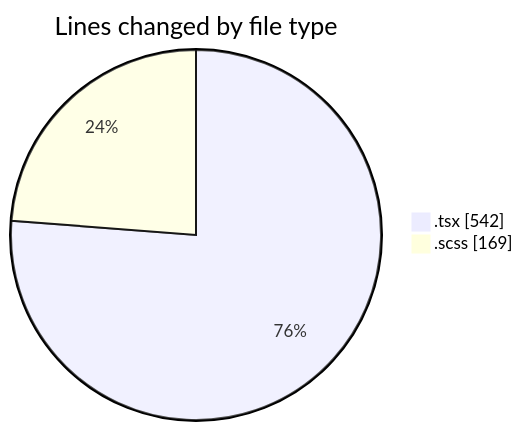
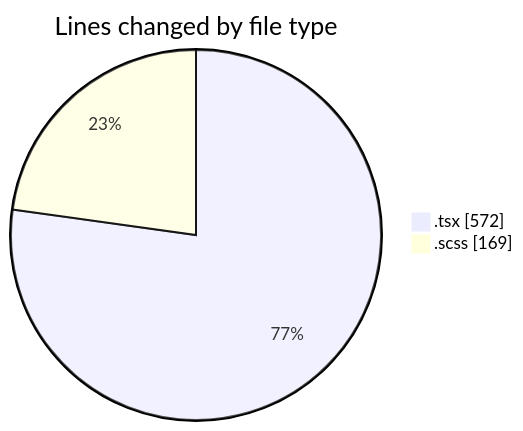
The first of 2 diagrams in 2026-04-16/cda/README.md (momahboobian/code-tracking), drawn with Mermaid before and after one commit. The commit also changed other lines of this file and 1 other file, not shown here.

````diff
--- a/2026-04-16/cda/README.md
+++ b/2026-04-16/cda/README.md
@@ -23,6 +23,6 @@
 ```mermaid
 pie showData
 title Lines changed by file type
-".tsx" : 542
+".tsx" : 572
 ".scss" : 169
 ```
````
